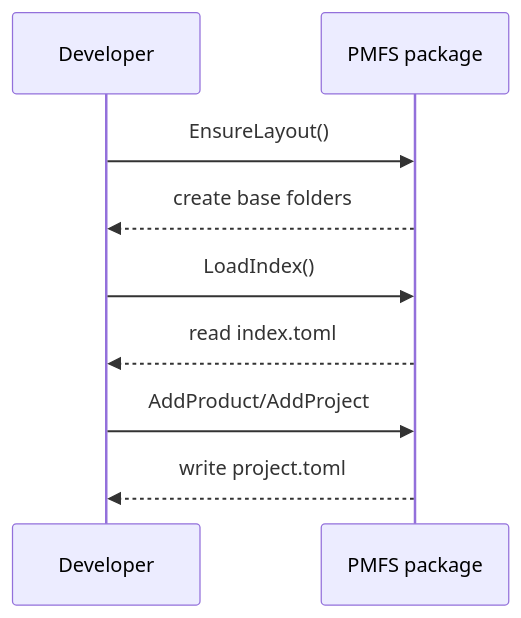
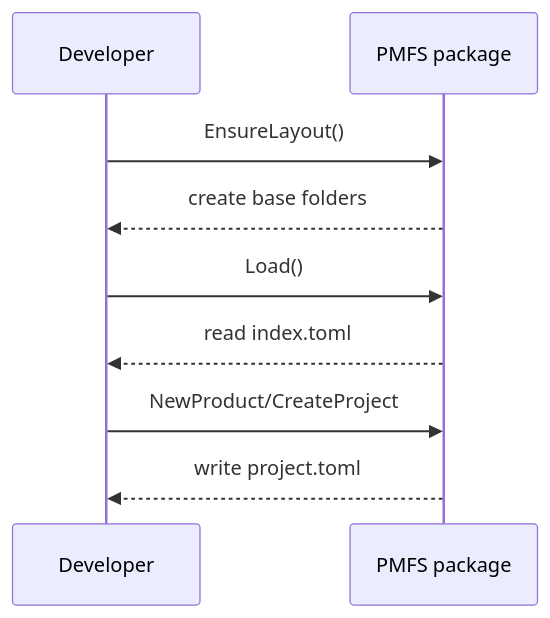
Before and after one commit to rjboer/PMFS: the second of 2 diagrams in README.md, drawn with Mermaid. The commit also changed other lines of this file and 12 other files, not shown here.

````diff
--- a/README.md
+++ b/README.md
@@ -98,12 +98,12 @@
 ```mermaid
 sequenceDiagram
     participant Dev as Developer
     participant PMFS as PMFS package
 
     Dev->>PMFS: EnsureLayout()
     PMFS-->>Dev: create base folders
-    Dev->>PMFS: LoadIndex()
+    Dev->>PMFS: Load()
     PMFS-->>Dev: read index.toml
-    Dev->>PMFS: AddProduct/AddProject
+    Dev->>PMFS: NewProduct/CreateProject
     PMFS-->>Dev: write project.toml
 ```
````
